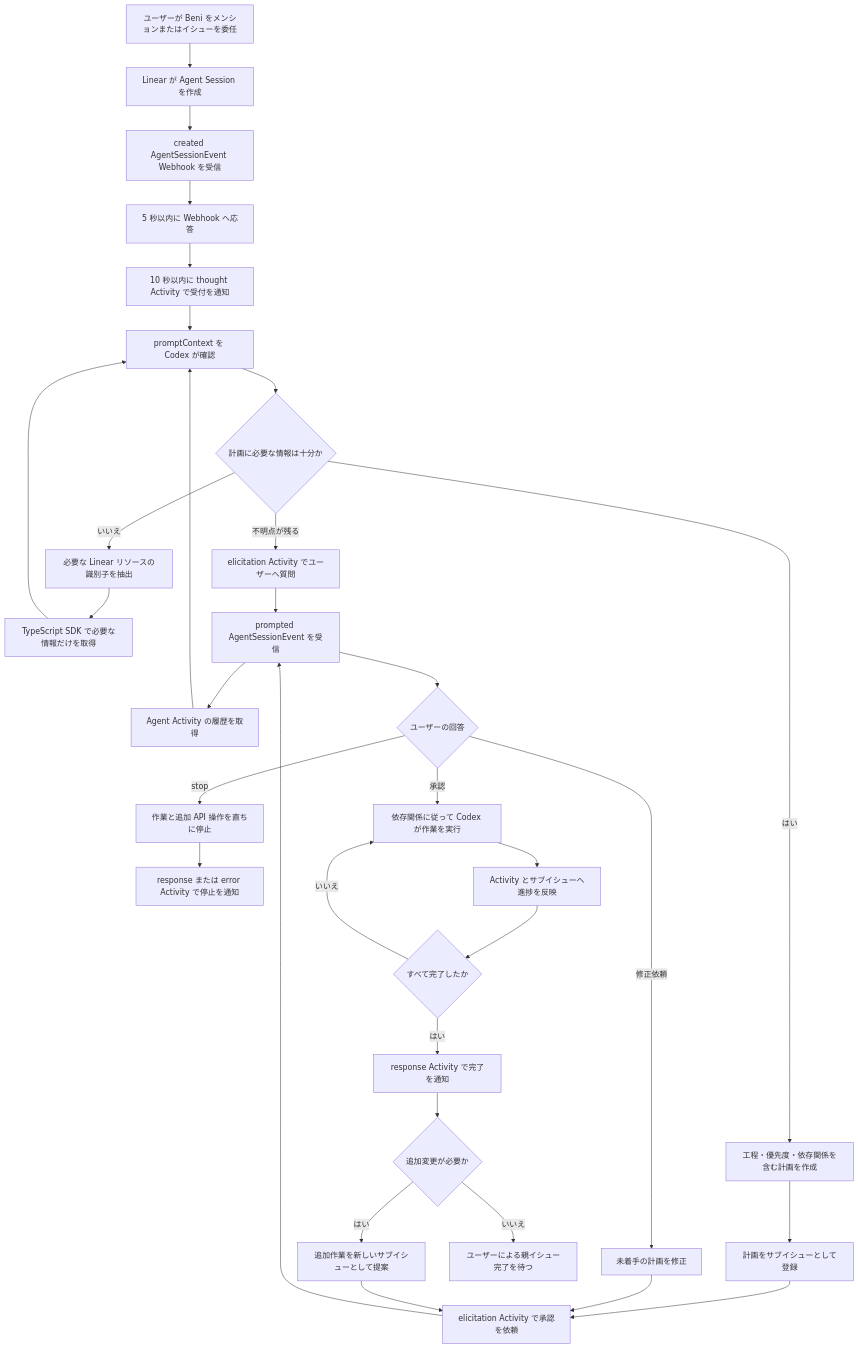
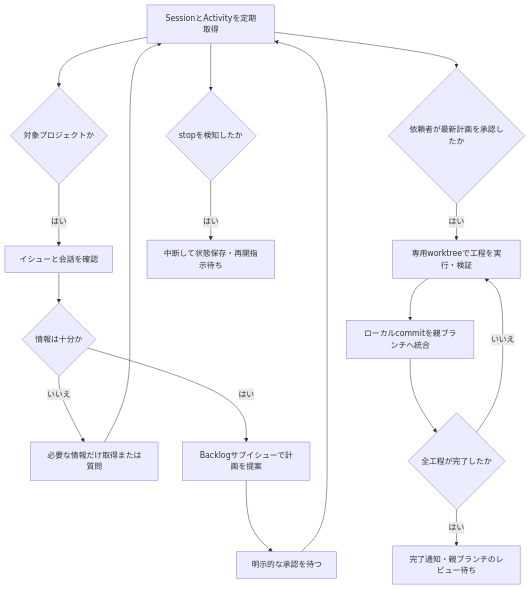
Before and after one commit to nozomi-hiragi/Beni: the diagram in docs/application-workflow.md, drawn with Mermaid. The commit also changed other lines of this file and 20 other files, not shown here.

````diff
--- a/docs/application-workflow.md
+++ b/docs/application-workflow.md
@@ -23,34 +22,19 @@
 ```mermaid
 flowchart TD
-    A[ユーザーが Beni をメンションまたはイシューを委任] --> B[Linear が Agent Session を作成]
-    B --> C[created AgentSessionEvent Webhook を受信]
-    C --> D[5 秒以内に Webhook へ応答]
-    D --> E[10 秒以内に thought Activity で受付を通知]
-    E --> F[promptContext を Codex が確認]
-    F --> G{計画に必要な情報は十分か}
-    G -- いいえ --> H[必要な Linear リソースの識別子を抽出]
-    H --> I[TypeScript SDK で必要な情報だけを取得]
-    I --> F
-    G -- 不明点が残る --> J[elicitation Activity でユーザーへ質問]
-    J --> K[prompted AgentSessionEvent を受信]
-    K --> L[Agent Activity の履歴を取得]
-    L --> F
-    G -- はい --> M[工程・優先度・依存関係を含む計画を作成]
-    M --> N[計画をサブイシューとして登録]
-    N --> O[elicitation Activity で承認を依頼]
-    O --> K
-    K --> P{ユーザーの回答}
-    P -- 修正依頼 --> Q[未着手の計画を修正]
-    Q --> O
-    P -- 承認 --> R[依存関係に従って Codex が作業を実行]
-    P -- stop --> S[作業と追加 API 操作を直ちに停止]
-    S --> T[response または error Activity で停止を通知]
-    R --> U[Activity とサブイシューへ進捗を反映]
-    U --> V{すべて完了したか}
-    V -- いいえ --> R
-    V -- はい --> W[response Activity で完了を通知]
-    W --> X{追加変更が必要か}
-    X -- いいえ --> Y[ユーザーによる親イシュー完了を待つ]
-    X -- はい --> Z[追加作業を新しいサブイシューとして提案]
-    Z --> O
+    A[SessionとActivityを定期取得] --> B{対象プロジェクトか}
+    B -- はい --> C[イシューと会話を確認]
+    C --> D{情報は十分か}
+    D -- いいえ --> E[必要な情報だけ取得または質問]
+    E --> A
+    D -- はい --> F[Backlogサブイシューで計画を提案]
+    F --> G[明示的な承認を待つ]
+    G --> A
+    A --> H{依頼者が最新計画を承認したか}
+    H -- はい --> I[専用worktreeで工程を実行・検証]
+    I --> J[ローカルcommitを親ブランチへ統合]
+    J --> K{全工程が完了したか}
+    K -- いいえ --> I
+    K -- はい --> L[完了通知・親ブランチのレビュー待ち]
+    A --> M{stopを検知したか}
+    M -- はい --> N[中断して状態保存・再開指示待ち]
 ```
````
